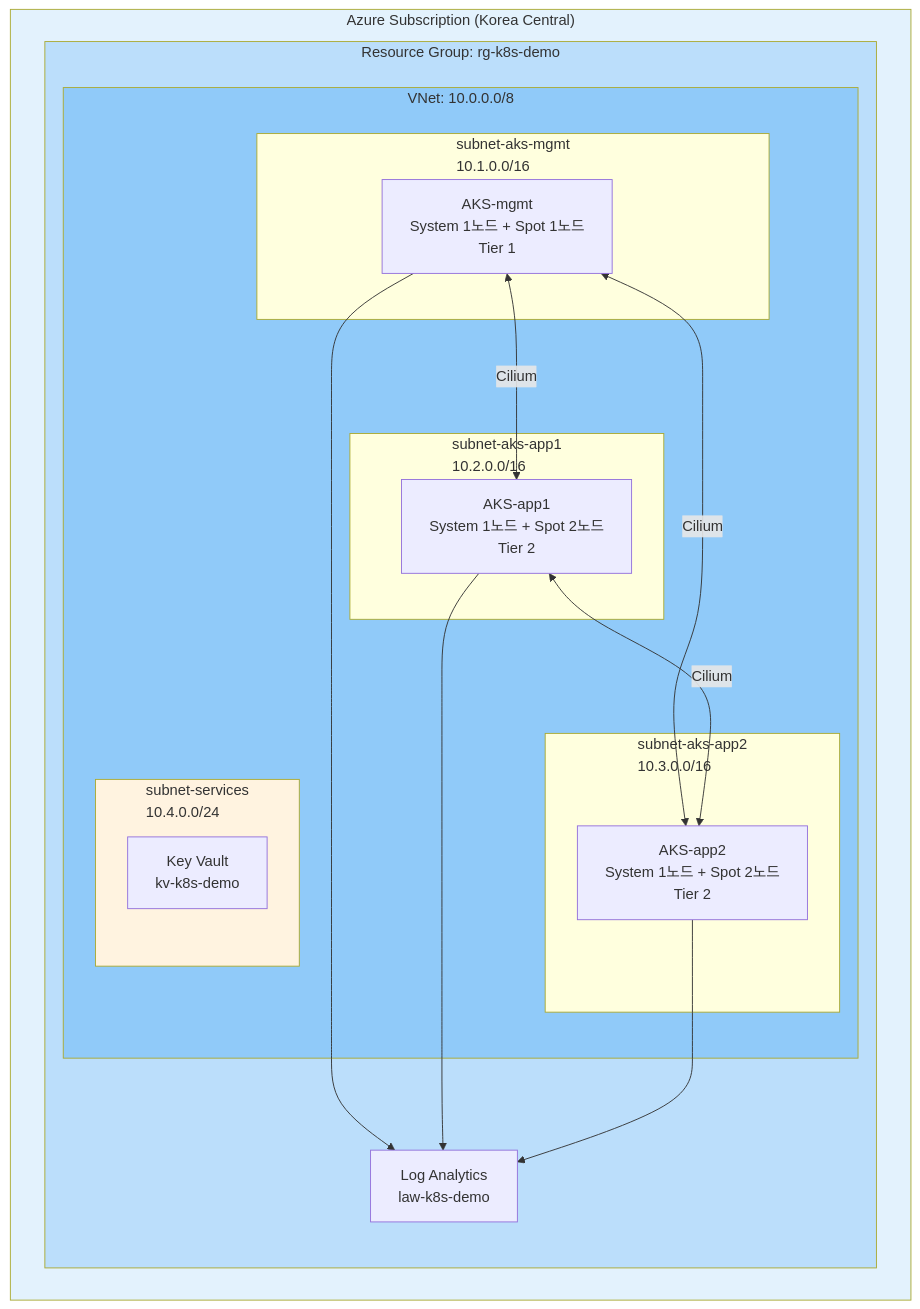
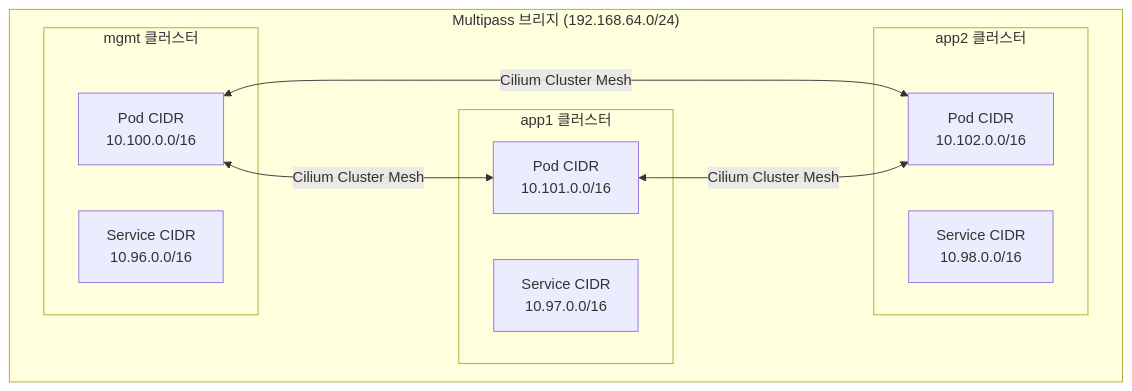
Before and after one commit to bocopile/mac-k8s-multipass-terraform: the second of 12 diagrams in document/on-premise/ARCHITECTURE.md, drawn with Mermaid. The commit also changed other lines of this file and 6 other files, not shown here.

````diff
--- a/document/on-premise/ARCHITECTURE.md
+++ b/document/on-premise/ARCHITECTURE.md
@@ -175,39 +288,23 @@
 ```mermaid
 flowchart TB
-    subgraph Azure["Azure Subscription (Korea Central)"]
-        subgraph RG["Resource Group: rg-k8s-demo"]
-            subgraph VNet["VNet: 10.0.0.0/8"]
-                subgraph SubnetMgmt["subnet-aks-mgmt<br/>10.1.0.0/16"]
-                    AKSmgmt["AKS-mgmt<br/>System 1노드 + Spot 1노드<br/>Tier 1"]
-                end
+    subgraph Bridge["Multipass 브리지 (192.168.64.0/24)"]
+        subgraph mgmt["mgmt 클러스터"]
+            mgmt-pod["Pod CIDR<br/>10.100.0.0/16"]
+            mgmt-svc["Service CIDR<br/>10.96.0.0/16"]
+        end
 
-                subgraph SubnetApp1["subnet-aks-app1<br/>10.2.0.0/16"]
-                    AKSapp1["AKS-app1<br/>System 1노드 + Spot 2노드<br/>Tier 2"]
-                end
+        subgraph app1["app1 클러스터"]
+            app1-pod["Pod CIDR<br/>10.101.0.0/16"]
+            app1-svc["Service CIDR<br/>10.97.0.0/16"]
+        end
 
-                subgraph SubnetApp2["subnet-aks-app2<br/>10.3.0.0/16"]
-                    AKSapp2["AKS-app2<br/>System 1노드 + Spot 2노드<br/>Tier 2"]
-                end
-
-                subgraph SubnetSvc["subnet-services<br/>10.4.0.0/24"]
-                    KeyVault["Key Vault<br/>kv-k8s-demo"]
-                end
-            end
-
-            LAW["Log Analytics<br/>law-k8s-demo"]
+        subgraph app2["app2 클러스터"]
+            app2-pod["Pod CIDR<br/>10.102.0.0/16"]
+            app2-svc["Service CIDR<br/>10.98.0.0/16"]
         end
     end
 
-    AKSmgmt <-->|"Cilium"| AKSapp1
-    AKSmgmt <-->|"Cilium"| AKSapp2
-    AKSapp1 <-->|"Cilium"| AKSapp2
-
-    AKSmgmt --> LAW
-    AKSapp1 --> LAW
-    AKSapp2 --> LAW
-
-    style Azure fill:#e3f2fd
-    style RG fill:#bbdefb
-    style VNet fill:#90caf9
-    style SubnetSvc fill:#fff3e0
+    mgmt-pod <-->|"Cilium Cluster Mesh"| app1-pod
+    mgmt-pod <-->|"Cilium Cluster Mesh"| app2-pod
+    app1-pod <-->|"Cilium Cluster Mesh"| app2-pod
 ```
````
